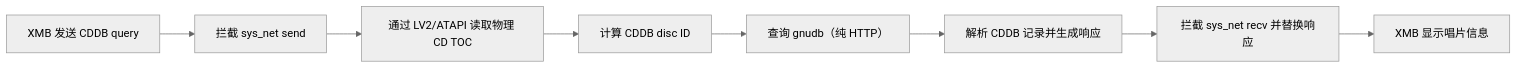
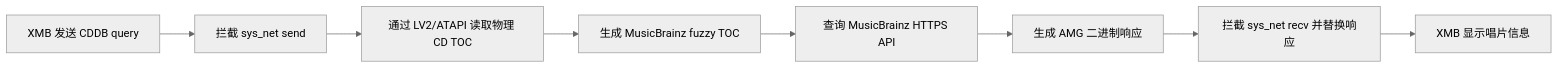
The first of 2 diagrams in README.md (A1lEyesOnMe/PS3CDinfoPulgins), drawn with Mermaid (neutral theme) before and after one commit. The commit also changed other lines of this file and 26 other files, not shown here.

First line of the commit message:
refactor: adopt MusicBrainz/AMG and clean repository

````diff
--- a/README.md
+++ b/README.md
@@ -24,10 +40,10 @@
 ```mermaid
 flowchart LR
     A["XMB 发送 CDDB query"] --> B["拦截 sys_net send"]
     B --> C["通过 LV2/ATAPI 读取物理 CD TOC"]
-    C --> D["计算 CDDB disc ID"]
-    D --> E["查询 gnudb（纯 HTTP）"]
-    E --> F["解析 CDDB 记录并生成响应"]
+    C --> D["生成 MusicBrainz fuzzy TOC"]
+    D --> E["查询 MusicBrainz HTTPS API"]
+    E --> F["生成 AMG 二进制响应"]
     F --> G["拦截 sys_net recv 并替换响应"]
     G --> H["XMB 显示唱片信息"]
 ```
````
